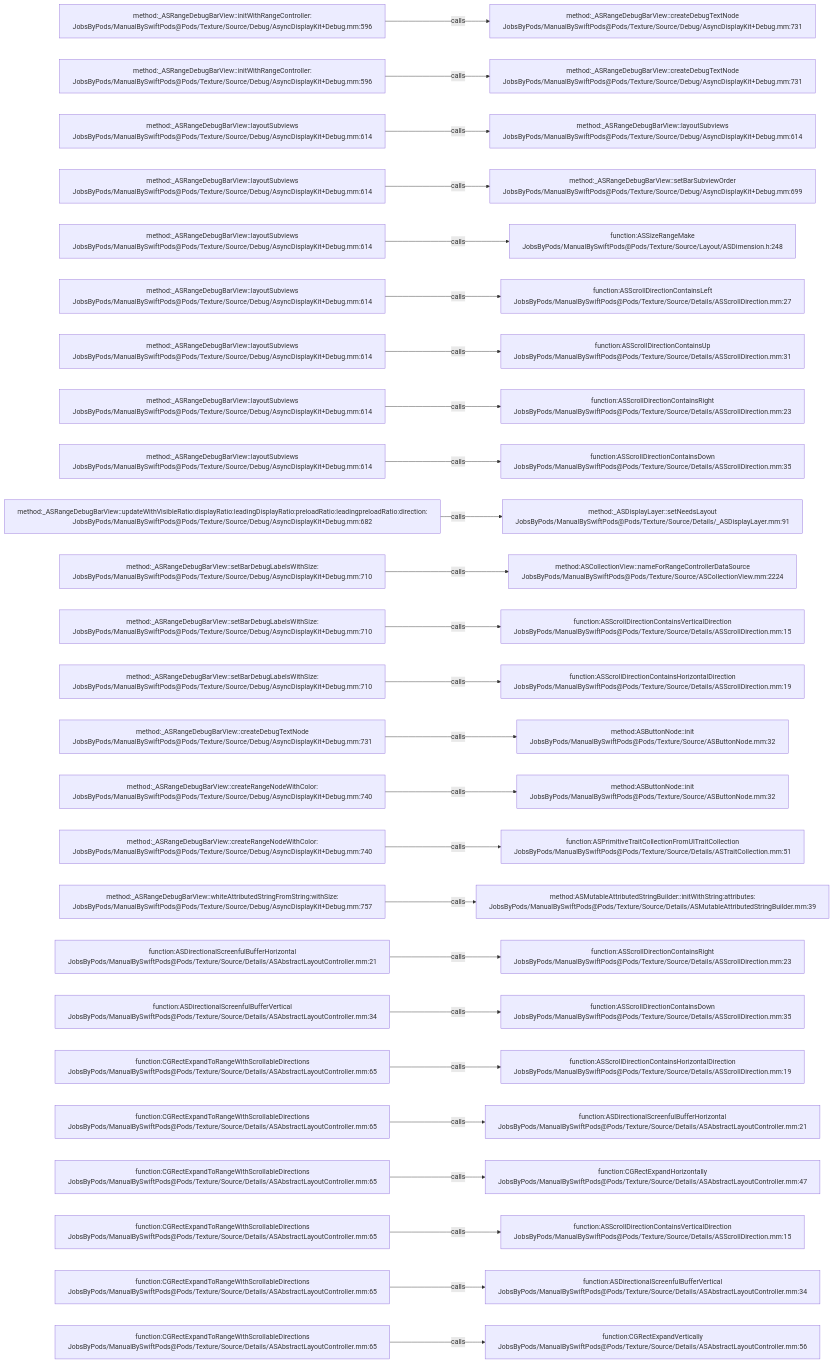
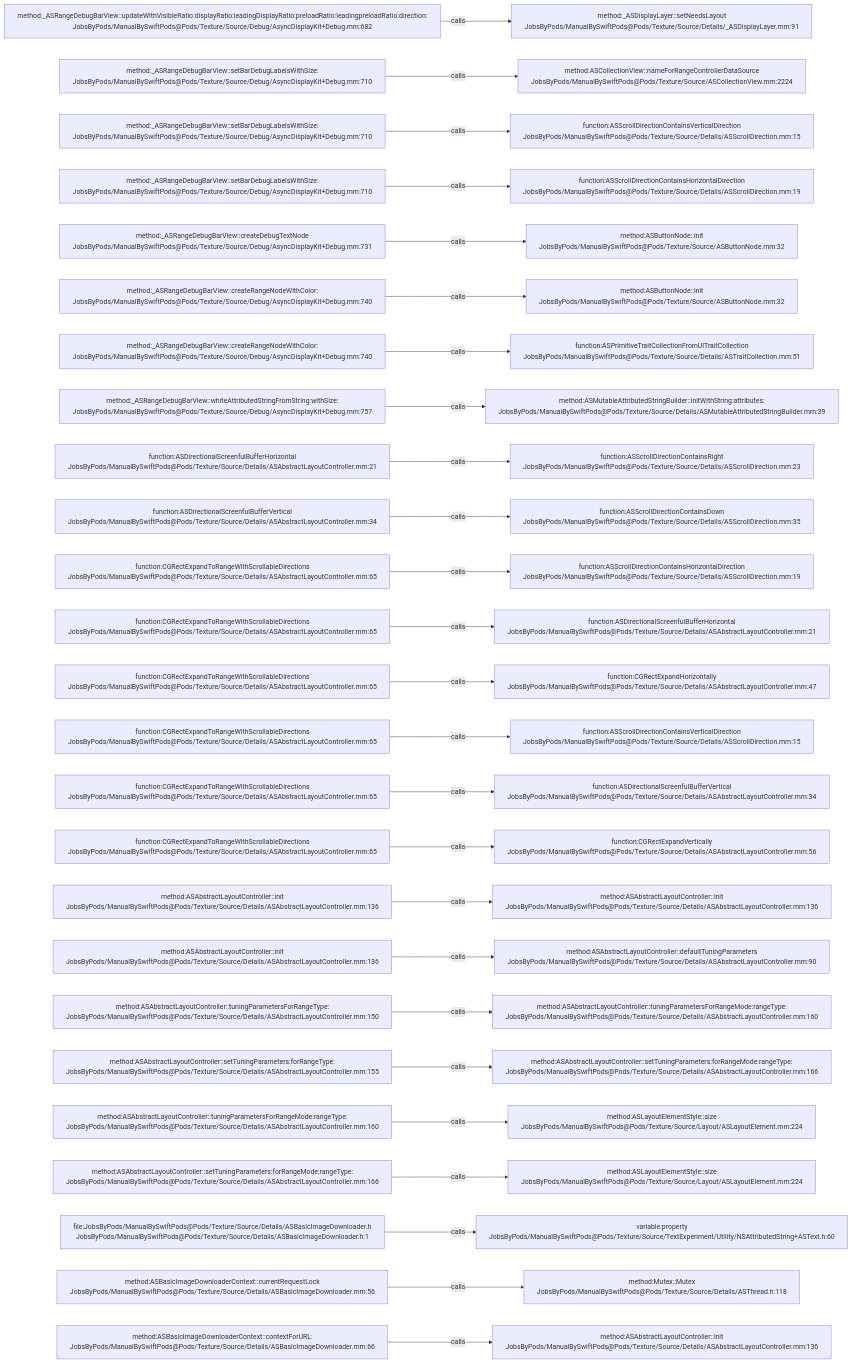
The diagram in .codegraph/codegraph.md/graphs/calls-081.md (JobsKits/JobsSwiftBaseConfigDemo), drawn with Mermaid before and after one commit. The commit also changed 707 other files, not shown here.

````diff
--- a/.codegraph/codegraph.md/graphs/calls-081.md
+++ b/.codegraph/codegraph.md/graphs/calls-081.md
@@ -13,78 +13,78 @@
 ```mermaid
 flowchart LR
-  S1["method:_ASRangeDebugBarView::initWithRangeController:<br/>JobsByPods/ManualBySwiftPods@Pods/Texture/Source/Debug/AsyncDisplayKit+Debug.mm:596"]
-  T1["method:_ASRangeDebugBarView::createDebugTextNode<br/>JobsByPods/ManualBySwiftPods@Pods/Texture/Source/Debug/AsyncDisplayKit+Debug.mm:731"]
+  S1["method:_ASRangeDebugBarView::updateWithVisibleRatio:displayRatio:leadingDisplayRatio:preloadRatio:leadingpreloadRatio:direction:<br/>JobsByPods/ManualBySwiftPods@Pods/Texture/Source/Debug/AsyncDisplayKit+Debug.mm:682"]
+  T1["method:_ASDisplayLayer::setNeedsLayout<br/>JobsByPods/ManualBySwiftPods@Pods/Texture/Source/Details/_ASDisplayLayer.mm:91"]
   S1 -->|calls| T1
-  S2["method:_ASRangeDebugBarView::initWithRangeController:<br/>JobsByPods/ManualBySwiftPods@Pods/Texture/Source/Debug/AsyncDisplayKit+Debug.mm:596"]
-  T2["method:_ASRangeDebugBarView::createDebugTextNode<br/>JobsByPods/ManualBySwiftPods@Pods/Texture/Source/Debug/AsyncDisplayKit+Debug.mm:731"]
+  S2["method:_ASRangeDebugBarView::setBarDebugLabelsWithSize:<br/>JobsByPods/ManualBySwiftPods@Pods/Texture/Source/Debug/AsyncDisplayKit+Debug.mm:710"]
+  T2["method:ASCollectionView::nameForRangeControllerDataSource<br/>JobsByPods/ManualBySwiftPods@Pods/Texture/Source/ASCollectionView.mm:2224"]
   S2 -->|calls| T2
-  S3["method:_ASRangeDebugBarView::layoutSubviews<br/>JobsByPods/ManualBySwiftPods@Pods/Texture/Source/Debug/AsyncDisplayKit+Debug.mm:614"]
-  T3["method:_ASRangeDebugBarView::layoutSubviews<br/>JobsByPods/ManualBySwiftPods@Pods/Texture/Source/Debug/AsyncDisplayKit+Debug.mm:614"]
+  S3["method:_ASRangeDebugBarView::setBarDebugLabelsWithSize:<br/>JobsByPods/ManualBySwiftPods@Pods/Texture/Source/Debug/AsyncDisplayKit+Debug.mm:710"]
+  T3["function:ASScrollDirectionContainsVerticalDirection<br/>JobsByPods/ManualBySwiftPods@Pods/Texture/Source/Details/ASScrollDirection.mm:15"]
   S3 -->|calls| T3
-  S4["method:_ASRangeDebugBarView::layoutSubviews<br/>JobsByPods/ManualBySwiftPods@Pods/Texture/Source/Debug/AsyncDisplayKit+Debug.mm:614"]
-  T4["method:_ASRangeDebugBarView::setBarSubviewOrder<br/>JobsByPods/ManualBySwiftPods@Pods/Texture/Source/Debug/AsyncDisplayKit+Debug.mm:699"]
+  S4["method:_ASRangeDebugBarView::setBarDebugLabelsWithSize:<br/>JobsByPods/ManualBySwiftPods@Pods/Texture/Source/Debug/AsyncDisplayKit+Debug.mm:710"]
+  T4["function:ASScrollDirectionContainsHorizontalDirection<br/>JobsByPods/ManualBySwiftPods@Pods/Texture/Source/Details/ASScrollDirection.mm:19"]
   S4 -->|calls| T4
-  S5["method:_ASRangeDebugBarView::layoutSubviews<br/>JobsByPods/ManualBySwiftPods@Pods/Texture/Source/Debug/AsyncDisplayKit+Debug.mm:614"]
-  T5["function:ASSizeRangeMake<br/>JobsByPods/ManualBySwiftPods@Pods/Texture/Source/Layout/ASDimension.h:248"]
+  S5["method:_ASRangeDebugBarView::createDebugTextNode<br/>JobsByPods/ManualBySwiftPods@Pods/Texture/Source/Debug/AsyncDisplayKit+Debug.mm:731"]
+  T5["method:ASButtonNode::init<br/>JobsByPods/ManualBySwiftPods@Pods/Texture/Source/ASButtonNode.mm:32"]
   S5 -->|calls| T5
-  S6["method:_ASRangeDebugBarView::layoutSubviews<br/>JobsByPods/ManualBySwiftPods@Pods/Texture/Source/Debug/AsyncDisplayKit+Debug.mm:614"]
-  T6["function:ASScrollDirectionContainsLeft<br/>JobsByPods/ManualBySwiftPods@Pods/Texture/Source/Details/ASScrollDirection.mm:27"]
+  S6["method:_ASRangeDebugBarView::createRangeNodeWithColor:<br/>JobsByPods/ManualBySwiftPods@Pods/Texture/Source/Debug/AsyncDisplayKit+Debug.mm:740"]
+  T6["method:ASButtonNode::init<br/>JobsByPods/ManualBySwiftPods@Pods/Texture/Source/ASButtonNode.mm:32"]
   S6 -->|calls| T6
-  S7["method:_ASRangeDebugBarView::layoutSubviews<br/>JobsByPods/ManualBySwiftPods@Pods/Texture/Source/Debug/AsyncDisplayKit+Debug.mm:614"]
-  T7["function:ASScrollDirectionContainsUp<br/>JobsByPods/ManualBySwiftPods@Pods/Texture/Source/Details/ASScrollDirection.mm:31"]
+  S7["method:_ASRangeDebugBarView::createRangeNodeWithColor:<br/>JobsByPods/ManualBySwiftPods@Pods/Texture/Source/Debug/AsyncDisplayKit+Debug.mm:740"]
+  T7["function:ASPrimitiveTraitCollectionFromUITraitCollection<br/>JobsByPods/ManualBySwiftPods@Pods/Texture/Source/Details/ASTraitCollection.mm:51"]
   S7 -->|calls| T7
-  S8["method:_ASRangeDebugBarView::layoutSubviews<br/>JobsByPods/ManualBySwiftPods@Pods/Texture/Source/Debug/AsyncDisplayKit+Debug.mm:614"]
-  T8["function:ASScrollDirectionContainsRight<br/>JobsByPods/ManualBySwiftPods@Pods/Texture/Source/Details/ASScrollDirection.mm:23"]
+  S8["method:_ASRangeDebugBarView::whiteAttributedStringFromString:withSize:<br/>JobsByPods/ManualBySwiftPods@Pods/Texture/Source/Debug/AsyncDisplayKit+Debug.mm:757"]
+  T8["method:ASMutableAttributedStringBuilder::initWithString:attributes:<br/>JobsByPods/ManualBySwiftPods@Pods/Texture/Source/Details/ASMutableAttributedStringBuilder.mm:39"]
   S8 -->|calls| T8
-  S9["method:_ASRangeDebugBarView::layoutSubviews<br/>JobsByPods/ManualBySwiftPods@Pods/Texture/Source/Debug/AsyncDisplayKit+Debug.mm:614"]
-  T9["function:ASScrollDirectionContainsDown<br/>JobsByPods/ManualBySwiftPods@Pods/Texture/Source/Details/ASScrollDirection.mm:35"]
+  S9["function:ASDirectionalScreenfulBufferHorizontal<br/>JobsByPods/ManualBySwiftPods@Pods/Texture/Source/Details/ASAbstractLayoutController.mm:21"]
+  T9["function:ASScrollDirectionContainsRight<br/>JobsByPods/ManualBySwiftPods@Pods/Texture/Source/Details/ASScrollDirection.mm:23"]
   S9 -->|calls| T9
-  S10["method:_ASRangeDebugBarView::updateWithVisibleRatio:displayRatio:leadingDisplayRatio:preloadRatio:leadingpreloadRatio:direction:<br/>JobsByPods/ManualBySwiftPods@Pods/Texture/Source/Debug/AsyncDisplayKit+Debug.mm:682"]
-  T10["method:_ASDisplayLayer::setNeedsLayout<br/>JobsByPods/ManualBySwiftPods@Pods/Texture/Source/Details/_ASDisplayLayer.mm:91"]
+  S10["function:ASDirectionalScreenfulBufferVertical<br/>JobsByPods/ManualBySwiftPods@Pods/Texture/Source/Details/ASAbstractLayoutController.mm:34"]
+  T10["function:ASScrollDirectionContainsDown<br/>JobsByPods/ManualBySwiftPods@Pods/Texture/Source/Details/ASScrollDirection.mm:35"]
   S10 -->|calls| T10
-  S11["method:_ASRangeDebugBarView::setBarDebugLabelsWithSize:<br/>JobsByPods/ManualBySwiftPods@Pods/Texture/Source/Debug/AsyncDisplayKit+Debug.mm:710"]
-  T11["method:ASCollectionView::nameForRangeControllerDataSource<br/>JobsByPods/ManualBySwiftPods@Pods/Texture/Source/ASCollectionView.mm:2224"]
+  S11["function:CGRectExpandToRangeWithScrollableDirections<br/>JobsByPods/ManualBySwiftPods@Pods/Texture/Source/Details/ASAbstractLayoutController.mm:65"]
+  T11["function:ASScrollDirectionContainsHorizontalDirection<br/>JobsByPods/ManualBySwiftPods@Pods/Texture/Source/Details/ASScrollDirection.mm:19"]
   S11 -->|calls| T11
-  S12["method:_ASRangeDebugBarView::setBarDebugLabelsWithSize:<br/>JobsByPods/ManualBySwiftPods@Pods/Texture/Source/Debug/AsyncDisplayKit+Debug.mm:710"]
-  T12["function:ASScrollDirectionContainsVerticalDirection<br/>JobsByPods/ManualBySwiftPods@Pods/Texture/Source/Details/ASScrollDirection.mm:15"]
+  S12["function:CGRectExpandToRangeWithScrollableDirections<br/>JobsByPods/ManualBySwiftPods@Pods/Texture/Source/Details/ASAbstractLayoutController.mm:65"]
+  T12["function:ASDirectionalScreenfulBufferHorizontal<br/>JobsByPods/ManualBySwiftPods@Pods/Texture/Source/Details/ASAbstractLayoutController.mm:21"]
   S12 -->|calls| T12
-  S13["method:_ASRangeDebugBarView::setBarDebugLabelsWithSize:<br/>JobsByPods/ManualBySwiftPods@Pods/Texture/Source/Debug/AsyncDisplayKit+Debug.mm:710"]
-  T13["function:ASScrollDirectionContainsHorizontalDirection<br/>JobsByPods/ManualBySwiftPods@Pods/Texture/Source/Details/ASScrollDirection.mm:19"]
+  S13["function:CGRectExpandToRangeWithScrollableDirections<br/>JobsByPods/ManualBySwiftPods@Pods/Texture/Source/Details/ASAbstractLayoutController.mm:65"]
+  T13["function:CGRectExpandHorizontally<br/>JobsByPods/ManualBySwiftPods@Pods/Texture/Source/Details/ASAbstractLayoutController.mm:47"]
   S13 -->|calls| T13
-  S14["method:_ASRangeDebugBarView::createDebugTextNode<br/>JobsByPods/ManualBySwiftPods@Pods/Texture/Source/Debug/AsyncDisplayKit+Debug.mm:731"]
-  T14["method:ASButtonNode::init<br/>JobsByPods/ManualBySwiftPods@Pods/Texture/Source/ASButtonNode.mm:32"]
+  S14["function:CGRectExpandToRangeWithScrollableDirections<br/>JobsByPods/ManualBySwiftPods@Pods/Texture/Source/Details/ASAbstractLayoutController.mm:65"]
+  T14["function:ASScrollDirectionContainsVerticalDirection<br/>JobsByPods/ManualBySwiftPods@Pods/Texture/Source/Details/ASScrollDirection.mm:15"]
   S14 -->|calls| T14
-  S15["method:_ASRangeDebugBarView::createRangeNodeWithColor:<br/>JobsByPods/ManualBySwiftPods@Pods/Texture/Source/Debug/AsyncDisplayKit+Debug.mm:740"]
-  T15["method:ASButtonNode::init<br/>JobsByPods/ManualBySwiftPods@Pods/Texture/Source/ASButtonNode.mm:32"]
+  S15["function:CGRectExpandToRangeWithScrollableDirections<br/>JobsByPods/ManualBySwiftPods@Pods/Texture/Source/Details/ASAbstractLayoutController.mm:65"]
+  T15["function:ASDirectionalScreenfulBufferVertical<br/>JobsByPods/ManualBySwiftPods@Pods/Texture/Source/Details/ASAbstractLayoutController.mm:34"]
   S15 -->|calls| T15
-  S16["method:_ASRangeDebugBarView::createRangeNodeWithColor:<br/>JobsByPods/ManualBySwiftPods@Pods/Texture/Source/Debug/AsyncDisplayKit+Debug.mm:740"]
-  T16["function:ASPrimitiveTraitCollectionFromUITraitCollection<br/>JobsByPods/ManualBySwiftPods@Pods/Texture/Source/Details/ASTraitCollection.mm:51"]
+  S16["function:CGRectExpandToRangeWithScrollableDirections<br/>JobsByPods/ManualBySwiftPods@Pods/Texture/Source/Details/ASAbstractLayoutController.mm:65"]
+  T16["function:CGRectExpandVertically<br/>JobsByPods/ManualBySwiftPods@Pods/Texture/Source/Details/ASAbstractLayoutController.mm:56"]
   S16 -->|calls| T16
-  S17["method:_ASRangeDebugBarView::whiteAttributedStringFromString:withSize:<br/>JobsByPods/ManualBySwiftPods@Pods/Texture/Source/Debug/AsyncDisplayKit+Debug.mm:757"]
-  T17["method:ASMutableAttributedStringBuilder::initWithString:attributes:<br/>JobsByPods/ManualBySwiftPods@Pods/Texture/Source/Details/ASMutableAttributedStringBuilder.mm:39"]
+  S17["method:ASAbstractLayoutController::init<br/>JobsByPods/ManualBySwiftPods@Pods/Texture/Source/Details/ASAbstractLayoutController.mm:136"]
+  T17["method:ASAbstractLayoutController::init<br/>JobsByPods/ManualBySwiftPods@Pods/Texture/Source/Details/ASAbstractLayoutController.mm:136"]
   S17 -->|calls| T17
-  S18["function:ASDirectionalScreenfulBufferHorizontal<br/>JobsByPods/ManualBySwiftPods@Pods/Texture/Source/Details/ASAbstractLayoutController.mm:21"]
-  T18["function:ASScrollDirectionContainsRight<br/>JobsByPods/ManualBySwiftPods@Pods/Texture/Source/Details/ASScrollDirection.mm:23"]
+  S18["method:ASAbstractLayoutController::init<br/>JobsByPods/ManualBySwiftPods@Pods/Texture/Source/Details/ASAbstractLayoutController.mm:136"]
+  T18["method:ASAbstractLayoutController::defaultTuningParameters<br/>JobsByPods/ManualBySwiftPods@Pods/Texture/Source/Details/ASAbstractLayoutController.mm:90"]
   S18 -->|calls| T18
-  S19["function:ASDirectionalScreenfulBufferVertical<br/>JobsByPods/ManualBySwiftPods@Pods/Texture/Source/Details/ASAbstractLayoutController.mm:34"]
-  T19["function:ASScrollDirectionContainsDown<br/>JobsByPods/ManualBySwiftPods@Pods/Texture/Source/Details/ASScrollDirection.mm:35"]
+  S19["method:ASAbstractLayoutController::tuningParametersForRangeType:<br/>JobsByPods/ManualBySwiftPods@Pods/Texture/Source/Details/ASAbstractLayoutController.mm:150"]
+  T19["method:ASAbstractLayoutController::tuningParametersForRangeMode:rangeType:<br/>JobsByPods/ManualBySwiftPods@Pods/Texture/Source/Details/ASAbstractLayoutController.mm:160"]
   S19 -->|calls| T19
-  S20["function:CGRectExpandToRangeWithScrollableDirections<br/>JobsByPods/ManualBySwiftPods@Pods/Texture/Source/Details/ASAbstractLayoutController.mm:65"]
-  T20["function:ASScrollDirectionContainsHorizontalDirection<br/>JobsByPods/ManualBySwiftPods@Pods/Texture/Source/Details/ASScrollDirection.mm:19"]
+  S20["method:ASAbstractLayoutController::setTuningParameters:forRangeType:<br/>JobsByPods/ManualBySwiftPods@Pods/Texture/Source/Details/ASAbstractLayoutController.mm:155"]
+  T20["method:ASAbstractLayoutController::setTuningParameters:forRangeMode:rangeType:<br/>JobsByPods/ManualBySwiftPods@Pods/Texture/Source/Details/ASAbstractLayoutController.mm:166"]
   S20 -->|calls| T20
-  S21["function:CGRectExpandToRangeWithScrollableDirections<br/>JobsByPods/ManualBySwiftPods@Pods/Texture/Source/Details/ASAbstractLayoutController.mm:65"]
-  T21["function:ASDirectionalScreenfulBufferHorizontal<br/>JobsByPods/ManualBySwiftPods@Pods/Texture/Source/Details/ASAbstractLayoutController.mm:21"]
+  S21["method:ASAbstractLayoutController::tuningParametersForRangeMode:rangeType:<br/>JobsByPods/ManualBySwiftPods@Pods/Texture/Source/Details/ASAbstractLayoutController.mm:160"]
+  T21["method:ASLayoutElementStyle::size<br/>JobsByPods/ManualBySwiftPods@Pods/Texture/Source/Layout/ASLayoutElement.mm:224"]
   S21 -->|calls| T21
-  S22["function:CGRectExpandToRangeWithScrollableDirections<br/>JobsByPods/ManualBySwiftPods@Pods/Texture/Source/Details/ASAbstractLayoutController.mm:65"]
-  T22["function:CGRectExpandHorizontally<br/>JobsByPods/ManualBySwiftPods@Pods/Texture/Source/Details/ASAbstractLayoutController.mm:47"]
+  S22["method:ASAbstractLayoutController::setTuningParameters:forRangeMode:rangeType:<br/>JobsByPods/ManualBySwiftPods@Pods/Texture/Source/Details/ASAbstractLayoutController.mm:166"]
+  T22["method:ASLayoutElementStyle::size<br/>JobsByPods/ManualBySwiftPods@Pods/Texture/Source/Layout/ASLayoutElement.mm:224"]
   S22 -->|calls| T22
-  S23["function:CGRectExpandToRangeWithScrollableDirections<br/>JobsByPods/ManualBySwiftPods@Pods/Texture/Source/Details/ASAbstractLayoutController.mm:65"]
-  T23["function:ASScrollDirectionContainsVerticalDirection<br/>JobsByPods/ManualBySwiftPods@Pods/Texture/Source/Details/ASScrollDirection.mm:15"]
+  S23["file:JobsByPods/ManualBySwiftPods@Pods/Texture/Source/Details/ASBasicImageDownloader.h<br/>JobsByPods/ManualBySwiftPods@Pods/Texture/Source/Details/ASBasicImageDownloader.h:1"]
+  T23["variable:property<br/>JobsByPods/ManualBySwiftPods@Pods/Texture/Source/TextExperiment/Utility/NSAttributedString+ASText.h:60"]
   S23 -->|calls| T23
-  S24["function:CGRectExpandToRangeWithScrollableDirections<br/>JobsByPods/ManualBySwiftPods@Pods/Texture/Source/Details/ASAbstractLayoutController.mm:65"]
-  T24["function:ASDirectionalScreenfulBufferVertical<br/>JobsByPods/ManualBySwiftPods@Pods/Texture/Source/Details/ASAbstractLayoutController.mm:34"]
+  S24["method:ASBasicImageDownloaderContext::currentRequestLock<br/>JobsByPods/ManualBySwiftPods@Pods/Texture/Source/Details/ASBasicImageDownloader.mm:56"]
+  T24["method:Mutex::Mutex<br/>JobsByPods/ManualBySwiftPods@Pods/Texture/Source/Details/ASThread.h:118"]
   S24 -->|calls| T24
-  S25["function:CGRectExpandToRangeWithScrollableDirections<br/>JobsByPods/ManualBySwiftPods@Pods/Texture/Source/Details/ASAbstractLayoutController.mm:65"]
-  T25["function:CGRectExpandVertically<br/>JobsByPods/ManualBySwiftPods@Pods/Texture/Source/Details/ASAbstractLayoutController.mm:56"]
+  S25["method:ASBasicImageDownloaderContext::contextForURL:<br/>JobsByPods/ManualBySwiftPods@Pods/Texture/Source/Details/ASBasicImageDownloader.mm:66"]
+  T25["method:ASAbstractLayoutController::init<br/>JobsByPods/ManualBySwiftPods@Pods/Texture/Source/Details/ASAbstractLayoutController.mm:136"]
   S25 -->|calls| T25
 ```
````
